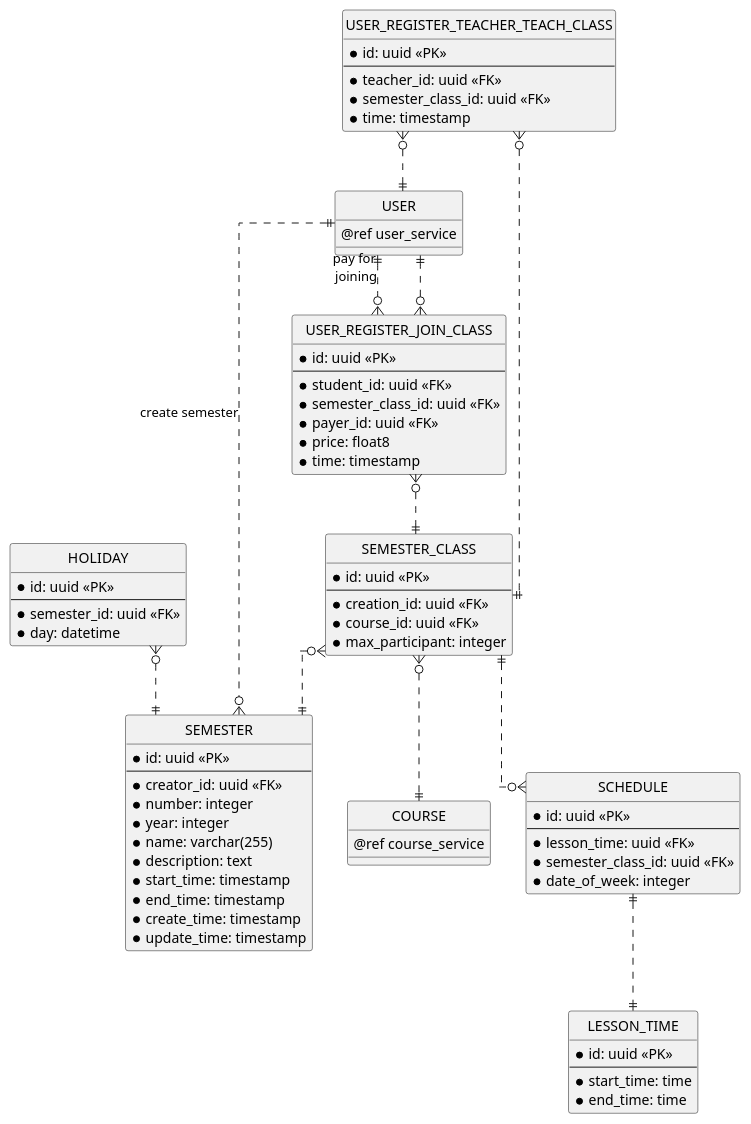
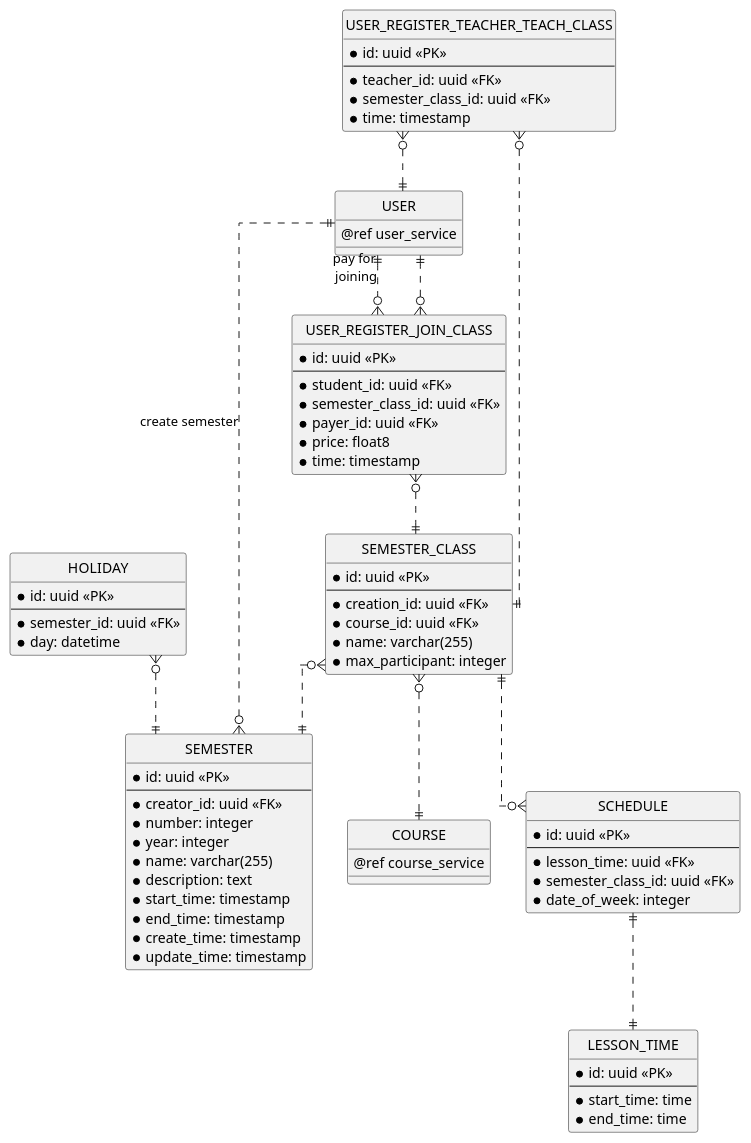
One commit to chungnguyenbkcse/ERD-USECASE-KIDSDRAWING changed the fifth of 12 diagrams in erd.md. Above: the diagram before and after it, drawn with PlantUML.

Commit message:
add custom lesson time, schedule, semester class

```diff
--- a/erd.md
+++ b/erd.md
@@ -288,6 +288,7 @@
     --
     * creation_id: uuid <<FK>>
     * course_id: uuid <<FK>>
+    * name: varchar(255)
     * max_participant: integer
 }
 
```
